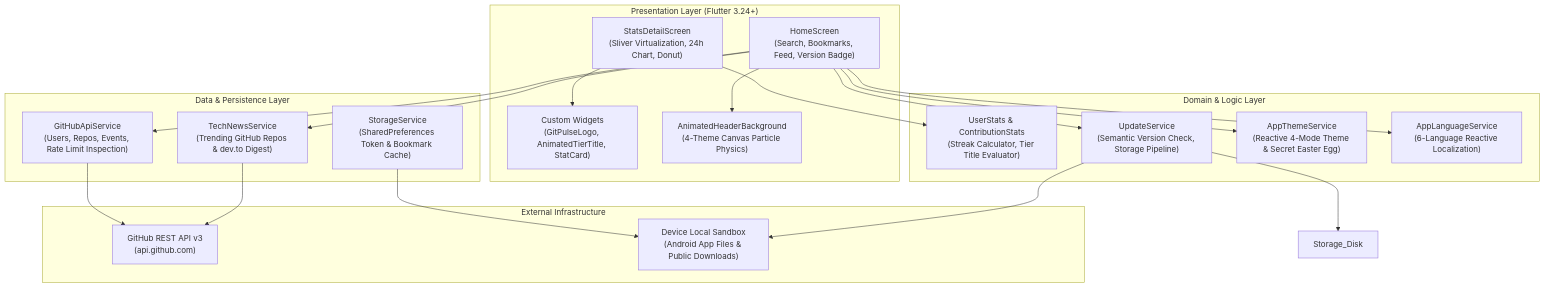
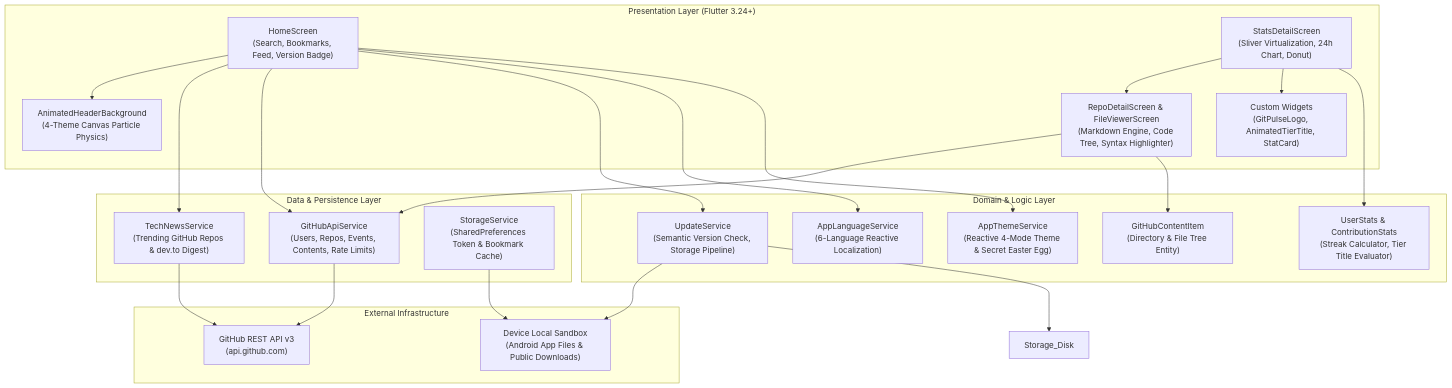
The second of 2 diagrams in README.md (zerabyte88/gitpulse_mobile), drawn with Mermaid before and after one commit. The commit also changed other lines of this file and 12 other files, not shown here.

````diff
--- a/README.md
+++ b/README.md
@@ -175,42 +186,47 @@
 ```mermaid
 graph TD
     subgraph Presentation_Layer ["Presentation Layer (Flutter 3.24+)"]
         UI_Home["HomeScreen<br/>(Search, Bookmarks, Feed, Version Badge)"]
         UI_Detail["StatsDetailScreen<br/>(Sliver Virtualization, 24h Chart, Donut)"]
+        UI_Repo["RepoDetailScreen & FileViewerScreen<br/>(Markdown Engine, Code Tree, Syntax Highlighter)"]
         UI_Widgets["Custom Widgets<br/>(GitPulseLogo, AnimatedTierTitle, StatCard)"]
         UI_Header["AnimatedHeaderBackground<br/>(4-Theme Canvas Particle Physics)"]
     end
 
     subgraph Domain_Layer ["Domain & Logic Layer"]
         Model_Stats["UserStats & ContributionStats<br/>(Streak Calculator, Tier Title Evaluator)"]
+        Model_Content["GitHubContentItem<br/>(Directory & File Tree Entity)"]
         Service_Update["UpdateService<br/>(Semantic Version Check, Storage Pipeline)"]
         Service_Theme["AppThemeService<br/>(Reactive 4-Mode Theme & Secret Easter Egg)"]
         Service_Lang["AppLanguageService<br/>(6-Language Reactive Localization)"]
     end
 
     subgraph Data_Layer ["Data & Persistence Layer"]
-        API_GitHub["GitHubApiService<br/>(Users, Repos, Events, Rate Limit Inspection)"]
+        API_GitHub["GitHubApiService<br/>(Users, Repos, Events, Contents, Rate Limits)"]
         API_News["TechNewsService<br/>(Trending GitHub Repos & dev.to Digest)"]
         Storage_Prefs["StorageService<br/>(SharedPreferences Token & Bookmark Cache)"]
     end
 
     subgraph External_Boundary ["External Infrastructure"]
         Ext_GitHub["GitHub REST API v3<br/>(api.github.com)"]
         Ext_Disk["Device Local Sandbox<br/>(Android App Files & Public Downloads)"]
     end
 
     UI_Home --> Service_Theme
     UI_Home --> Service_Lang
     UI_Home --> Service_Update
     UI_Home --> API_GitHub
     UI_Home --> API_News
     UI_Detail --> Model_Stats
     UI_Detail --> UI_Widgets
+    UI_Detail --> UI_Repo
+    UI_Repo --> Model_Content
+    UI_Repo --> API_GitHub
     UI_Home --> UI_Header
 
     Service_Update --> Storage_Disk
     API_GitHub --> Ext_GitHub
     API_News --> Ext_GitHub
     Storage_Prefs --> Ext_Disk
     Service_Update --> Ext_Disk
 ```
````
